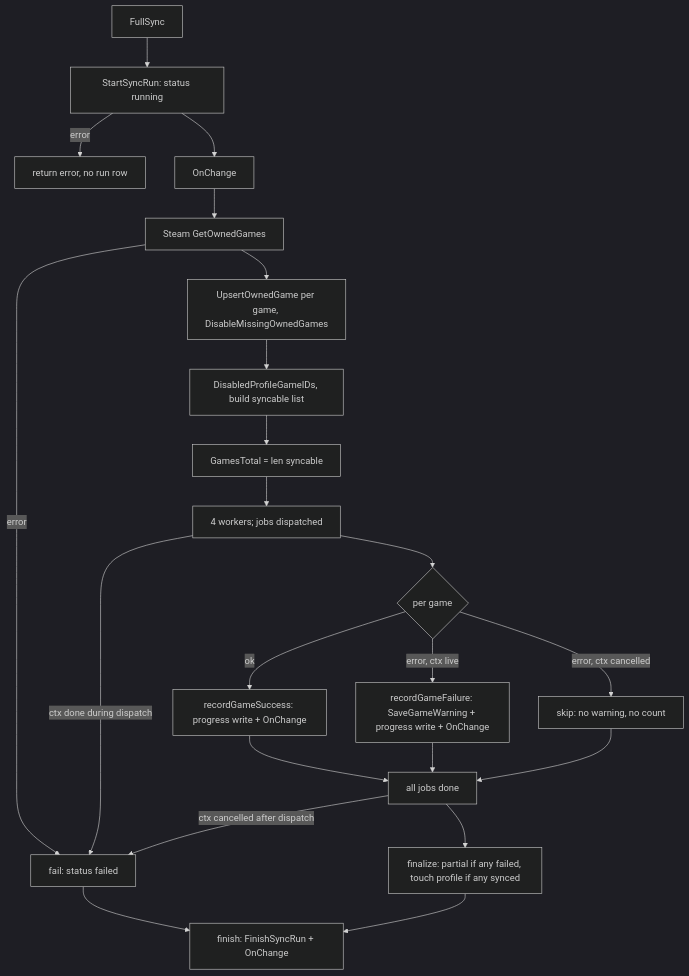
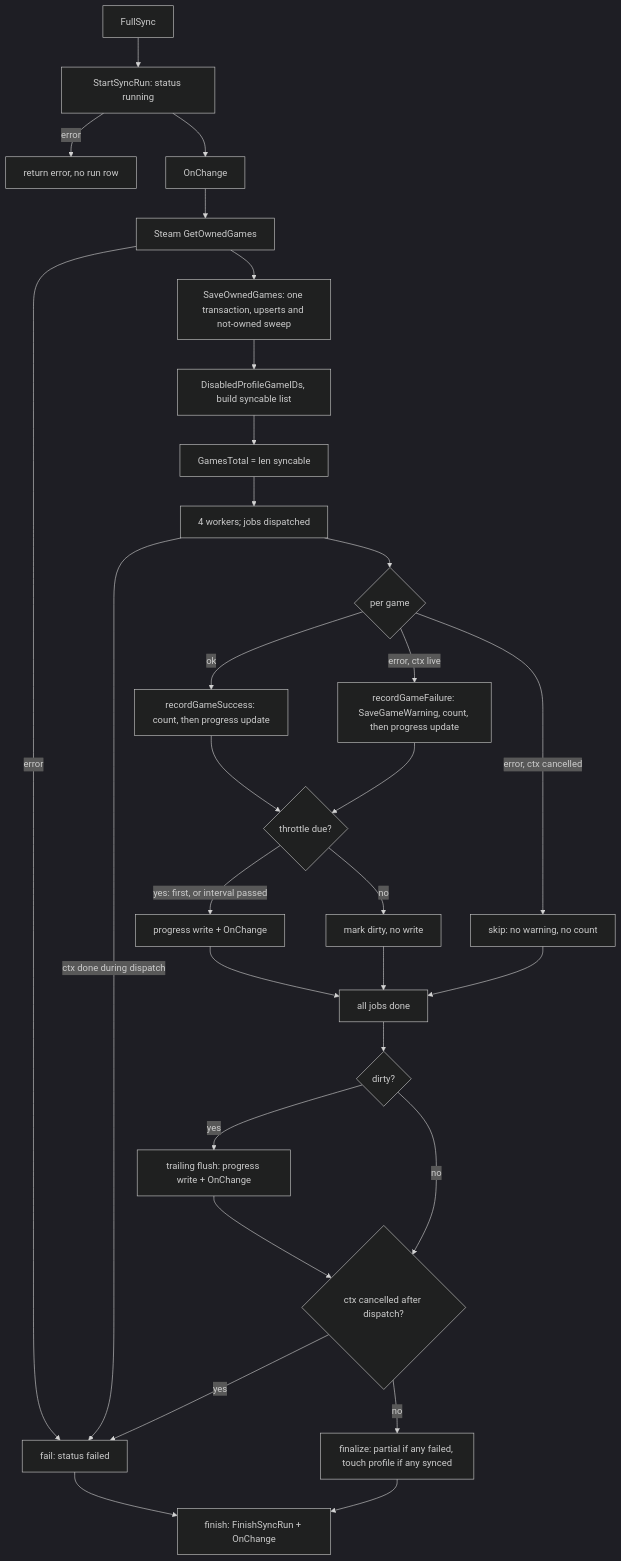
Before and after one commit to gjrud/steam-achievement-tracker: the first of 2 diagrams in docs/syncer.md, drawn with Mermaid (dark theme). The commit also changed other lines of this file and 104 other files, not shown here.

````diff
--- a/docs/syncer.md
+++ b/docs/syncer.md
@@ -34,24 +35,32 @@
 ```mermaid
 flowchart TD
     A[FullSync] --> B[StartSyncRun: status running]
     B -->|error| Z[return error, no run row]
     B --> C[OnChange]
     C --> D[Steam GetOwnedGames]
     D -->|error| F[fail: status failed]
-    D --> E[UpsertOwnedGame per game, DisableMissingOwnedGames]
+    D --> E[SaveOwnedGames: one transaction, upserts and not-owned sweep]
     E --> G[DisabledProfileGameIDs, build syncable list]
     G --> H[GamesTotal = len syncable]
     H --> I[4 workers; jobs dispatched]
     I -->|ctx done during dispatch| F
     I --> J{per game}
-    J -->|ok| K[recordGameSuccess: progress write + OnChange]
-    J -->|error, ctx live| L[recordGameFailure: SaveGameWarning + progress write + OnChange]
+    J -->|ok| K[recordGameSuccess: count, then progress update]
+    J -->|error, ctx live| L[recordGameFailure: SaveGameWarning, count, then progress update]
     J -->|error, ctx cancelled| M[skip: no warning, no count]
-    K --> N[all jobs done]
-    L --> N
+    K --> Q{throttle due?}
+    L --> Q
+    Q -->|yes: first, or interval passed| R[progress write + OnChange]
+    Q -->|no| S[mark dirty, no write]
+    R --> N[all jobs done]
+    S --> N
     M --> N
-    N -->|ctx cancelled after dispatch| F
-    N --> O[finalize: partial if any failed, touch profile if any synced]
+    N --> T{dirty?}
+    T -->|yes| U[trailing flush: progress write + OnChange]
+    T -->|no| W
+    U --> W{ctx cancelled after dispatch?}
+    W -->|yes| F
+    W -->|no| O[finalize: partial if any failed, touch profile if any synced]
     O --> P[finish: FinishSyncRun + OnChange]
     F --> P
 ```
````
